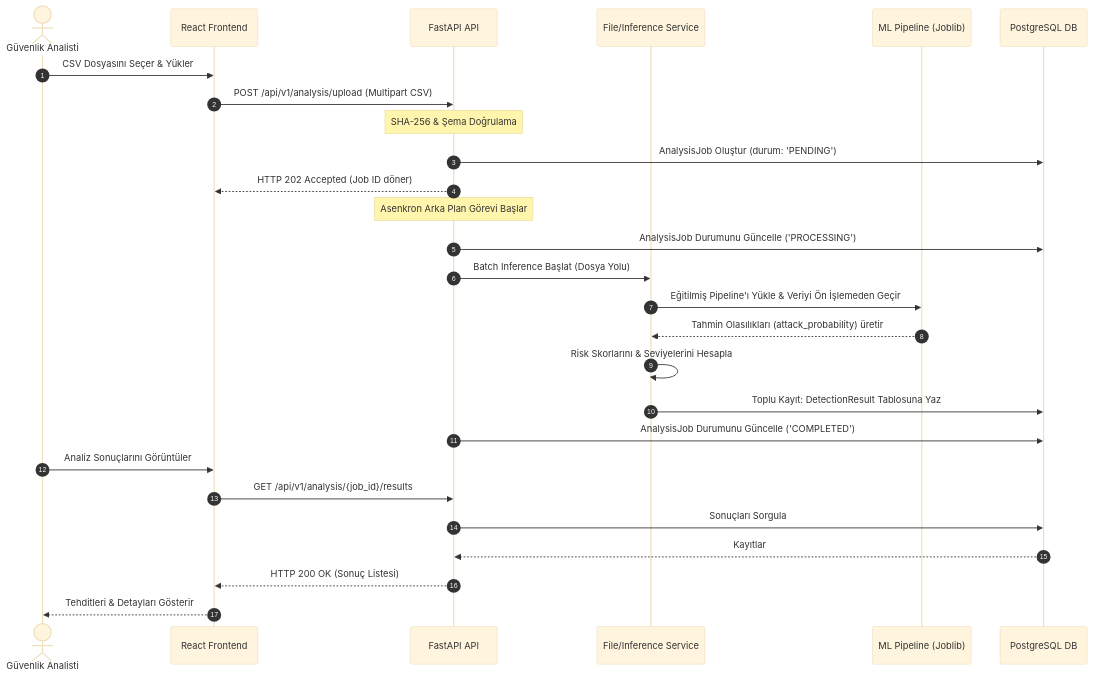
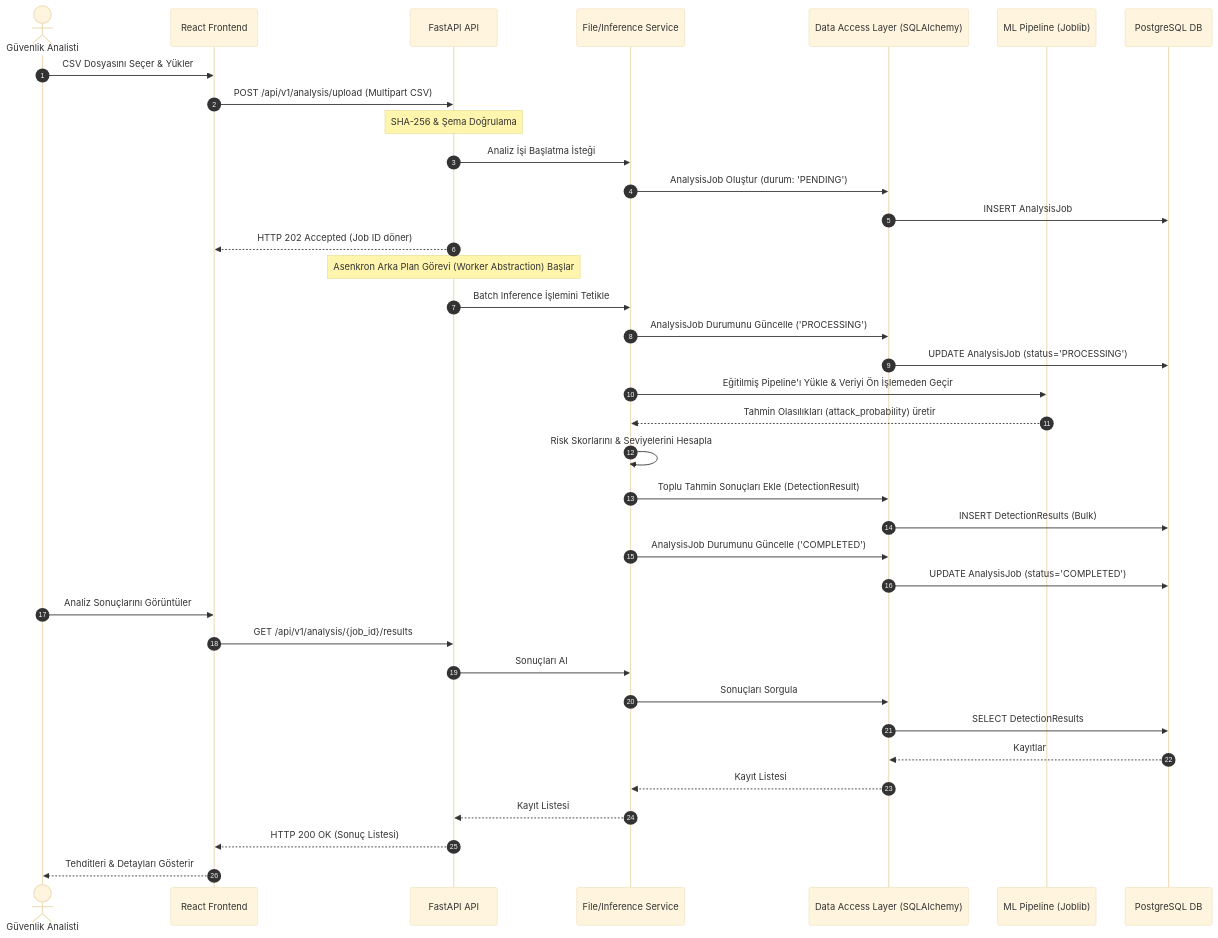
The second of 2 diagrams in docs/architecture/05-system-architecture.md (mustafaemre027/securewatch-ai), drawn with Mermaid (base theme) before and after one commit. The commit also changed other lines of this file, not shown here.

Commit message:
docs(architecture): correct layered component dependencies

````diff
--- a/docs/architecture/05-system-architecture.md
+++ b/docs/architecture/05-system-architecture.md
@@ -73,32 +58,42 @@
 ```mermaid
 sequenceDiagram
     autonumber
     actor Analist as Güvenlik Analisti
     participant FE as React Frontend
     participant BE as FastAPI API
     participant SVC as File/Inference Service
+    participant DA as Data Access Layer (SQLAlchemy)
     participant ML as ML Pipeline (Joblib)
     participant DB as PostgreSQL DB
 
     Analist->>FE: CSV Dosyasını Seçer & Yükler
     FE->>BE: POST /api/v1/analysis/upload (Multipart CSV)
     Note over BE: SHA-256 & Şema Doğrulama
-    BE->>DB: AnalysisJob Oluştur (durum: 'PENDING')
+    BE->>SVC: Analiz İşi Başlatma İsteği
+    SVC->>DA: AnalysisJob Oluştur (durum: 'PENDING')
+    DA->>DB: INSERT AnalysisJob
     BE-->>FE: HTTP 202 Accepted (Job ID döner)
     
-    Note over BE: Asenkron Arka Plan Görevi Başlar
-    BE->>DB: AnalysisJob Durumunu Güncelle ('PROCESSING')
-    BE->>SVC: Batch Inference Başlat (Dosya Yolu)
+    Note over BE: Asenkron Arka Plan Görevi (Worker Abstraction) Başlar
+    BE->>SVC: Batch Inference İşlemini Tetikle
+    SVC->>DA: AnalysisJob Durumunu Güncelle ('PROCESSING')
+    DA->>DB: UPDATE AnalysisJob (status='PROCESSING')
     SVC->>ML: Eğitilmiş Pipeline'ı Yükle & Veriyi Ön İşlemeden Geçir
     ML-->>SVC: Tahmin Olasılıkları (attack_probability) üretir
     SVC->>SVC: Risk Skorlarını & Seviyelerini Hesapla
-    SVC->>DB: Toplu Kayıt: DetectionResult Tablosuna Yaz
-    BE->>DB: AnalysisJob Durumunu Güncelle ('COMPLETED')
+    SVC->>DA: Toplu Tahmin Sonuçları Ekle (DetectionResult)
+    DA->>DB: INSERT DetectionResults (Bulk)
+    SVC->>DA: AnalysisJob Durumunu Güncelle ('COMPLETED')
+    DA->>DB: UPDATE AnalysisJob (status='COMPLETED')
     
     Analist->>FE: Analiz Sonuçlarını Görüntüler
     FE->>BE: GET /api/v1/analysis/{job_id}/results
-    BE->>DB: Sonuçları Sorgula
-    DB-->>BE: Kayıtlar
+    BE->>SVC: Sonuçları Al
+    SVC->>DA: Sonuçları Sorgula
+    DA->>DB: SELECT DetectionResults
+    DB-->>DA: Kayıtlar
+    DA-->>SVC: Kayıt Listesi
+    SVC-->>BE: Kayıt Listesi
     BE-->>FE: HTTP 200 OK (Sonuç Listesi)
     FE-->>Analist: Tehditleri & Detayları Gösterir
 ```
````
